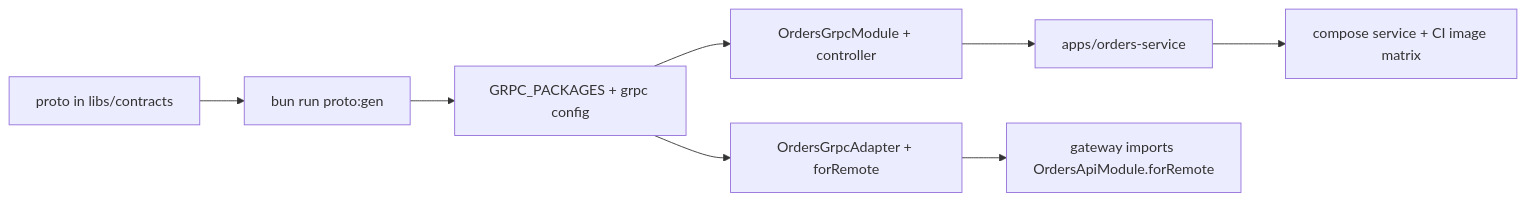
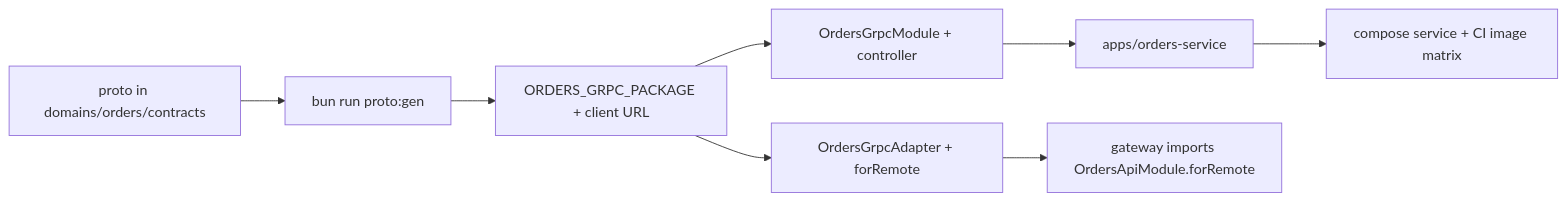
One commit to alonecandies/nestjs-boilerplate changed the diagram in docs/DEVELOPMENT.md. Above: the diagram before and after it, drawn with Mermaid. The commit also changed other lines of this file and 178 other files, not shown here.

First line of the commit message:
refactor(contracts): move each domain's contracts into its own package

````diff
--- a/docs/DEVELOPMENT.md
+++ b/docs/DEVELOPMENT.md
@@ -271,10 +271,10 @@
 ```mermaid
 flowchart LR
-  P[proto in libs/contracts] --> G[bun run proto:gen]
-  G --> R[GRPC_PACKAGES + grpc config]
+  P[proto in domains/orders/contracts] --> G[bun run proto:gen]
+  G --> R[ORDERS_GRPC_PACKAGE + client URL]
   R --> S[OrdersGrpcModule + controller]
   S --> A[apps/orders-service]
   R --> C[OrdersGrpcAdapter + forRemote]
   C --> W[gateway imports OrdersApiModule.forRemote]
   A --> D[compose service + CI image matrix]
 ```
````
